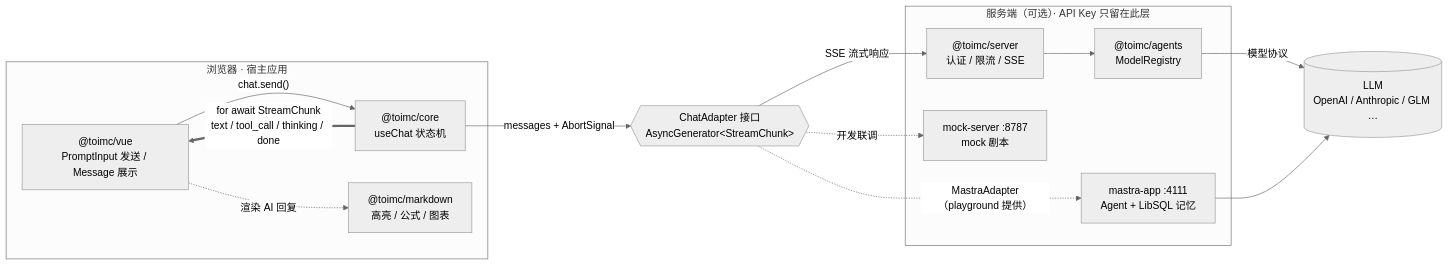
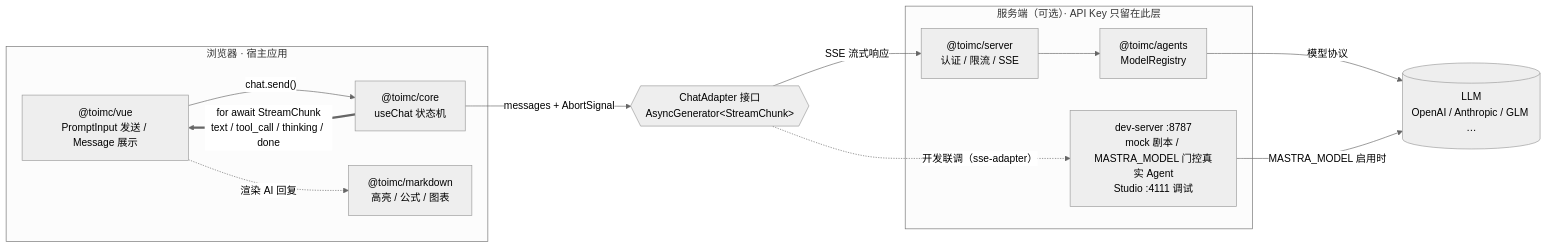
One commit to toimc/learn-ai changed the second of 2 diagrams in README.md. Above: the diagram before and after it, drawn with Mermaid (neutral theme). The commit also changed other lines of this file, not shown here.

````diff
--- a/README.md
+++ b/README.md
@@ -121,30 +126,28 @@
 ```mermaid
 flowchart LR
     subgraph browser["浏览器 · 宿主应用"]
         UI["@toimc/vue<br/>PromptInput 发送 / Message 展示"]
         UC["@toimc/core<br/>useChat 状态机"]
         MD["@toimc/markdown<br/>高亮 / 公式 / 图表"]
     end
 
     AD{{"ChatAdapter 接口<br/>AsyncGenerator&lt;StreamChunk&gt;"}}
 
     subgraph serverSide["服务端（可选）· API Key 只留在此层"]
         GW["@toimc/server<br/>认证 / 限流 / SSE"]
         AG["@toimc/agents<br/>ModelRegistry"]
-        MOCK["mock-server :8787<br/>mock 剧本"]
-        MA["mastra-app :4111<br/>Agent + LibSQL 记忆"]
+        DEV["dev-server :8787<br/>mock 剧本 / MASTRA_MODEL 门控真实 Agent<br/>Studio :4111 调试"]
     end
 
     LLM[("LLM<br/>OpenAI / Anthropic / GLM …")]
 
     UI -->|"chat.send()"| UC
     UC -->|"messages + AbortSignal"| AD
     AD -->|"SSE 流式响应"| GW
     GW --> AG
     AG -->|"模型协议"| LLM
-    AD -.->|"开发联调"| MOCK
-    AD -.->|"MastraAdapter（playground 提供）"| MA
-    MA --> LLM
+    AD -.->|"开发联调（sse-adapter）"| DEV
+    DEV -->|"MASTRA_MODEL 启用时"| LLM
     UC ==>|"for await StreamChunk<br/>text / tool_call / thinking / done"| UI
     UI -.->|"渲染 AI 回复"| MD
 ```
````
